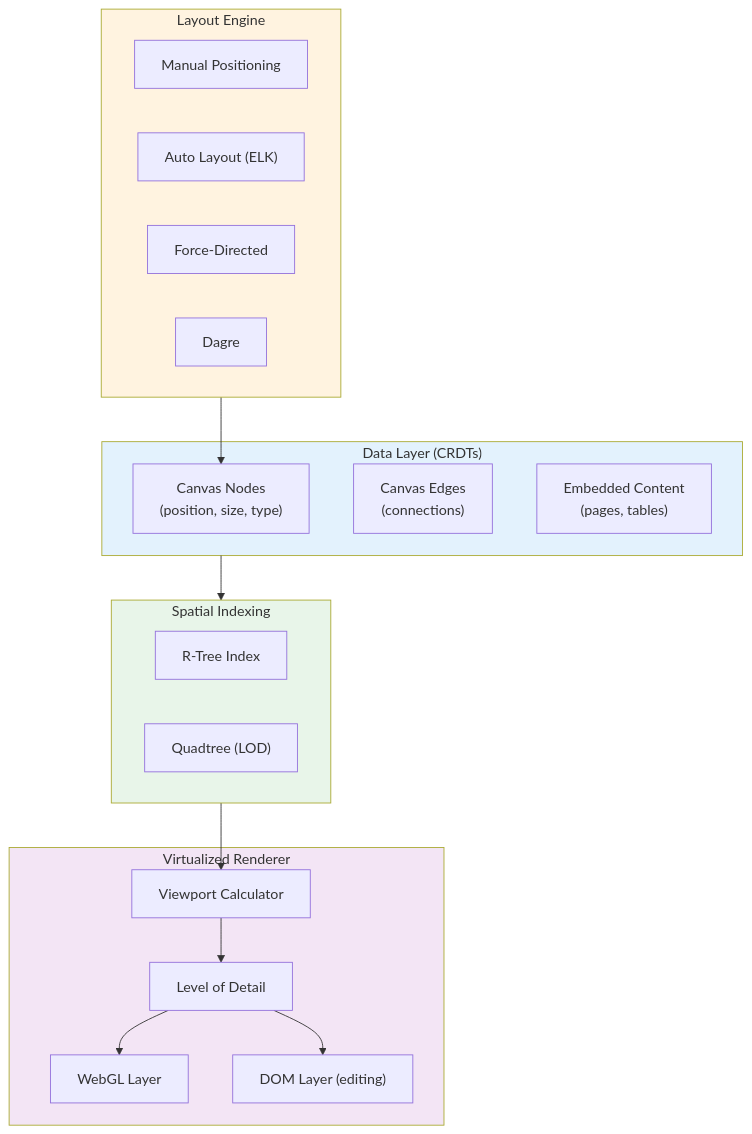
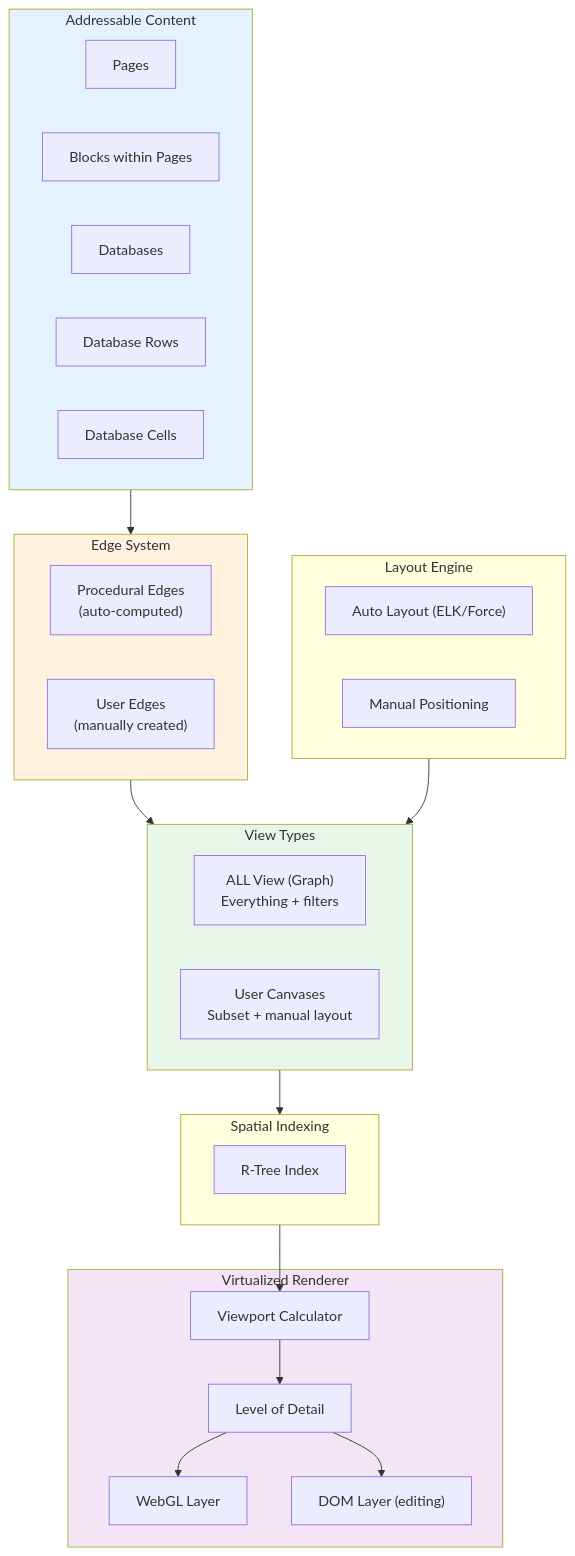
Before and after one commit to crs48/xNet: the fourth of 4 diagrams in docs/plan/10-scaling-architecture.md, drawn with Mermaid. The commit also changed other lines of this file, not shown here.

First line of the commit message:
Add unified graph/canvas architecture with procedural edges

````diff
--- a/docs/plan/10-scaling-architecture.md
+++ b/docs/plan/10-scaling-architecture.md
@@ -626,39 +632,50 @@
 ```mermaid
 flowchart TB
-    subgraph DataLayer["Data Layer (CRDTs)"]
-        Nodes["Canvas Nodes<br/>(position, size, type)"]
-        Edges["Canvas Edges<br/>(connections)"]
-        Content["Embedded Content<br/>(pages, tables)"]
+    subgraph ContentLayer["Addressable Content"]
+        Pages["Pages"]
+        Blocks["Blocks within Pages"]
+        DBs["Databases"]
+        Rows["Database Rows"]
+        Cells["Database Cells"]
+    end
+
+    subgraph EdgeLayer["Edge System"]
+        Procedural["Procedural Edges<br/>(auto-computed)"]
+        UserEdges["User Edges<br/>(manually created)"]
+    end
+
+    subgraph Views["View Types"]
+        AllView["ALL View (Graph)<br/>Everything + filters"]
+        CanvasViews["User Canvases<br/>Subset + manual layout"]
     end
 
     subgraph SpatialIndex["Spatial Indexing"]
         RTree["R-Tree Index"]
-        Quadtree["Quadtree (LOD)"]
     end
 
     subgraph LayoutEngine["Layout Engine"]
+        Auto["Auto Layout (ELK/Force)"]
         Manual["Manual Positioning"]
-        Auto["Auto Layout (ELK)"]
-        Force["Force-Directed"]
-        Hierarchical["Dagre"]
     end
 
     subgraph Renderer["Virtualized Renderer"]
         Viewport["Viewport Calculator"]
         LOD["Level of Detail"]
-        Canvas["WebGL Layer"]
+        WebGL["WebGL Layer"]
         DOM["DOM Layer (editing)"]
     end
 
-    DataLayer --> SpatialIndex
+    ContentLayer --> EdgeLayer
+    EdgeLayer --> Views
+    Views --> SpatialIndex
     SpatialIndex --> Viewport
-    LayoutEngine --> Nodes
+    LayoutEngine --> Views
     Viewport --> LOD
-    LOD --> Canvas
+    LOD --> WebGL
     LOD --> DOM
 
-    style DataLayer fill:#e3f2fd
-    style SpatialIndex fill:#e8f5e9
-    style LayoutEngine fill:#fff3e0
+    style ContentLayer fill:#e3f2fd
+    style EdgeLayer fill:#fff3e0
+    style Views fill:#e8f5e9
     style Renderer fill:#f3e5f5
 ```
````
